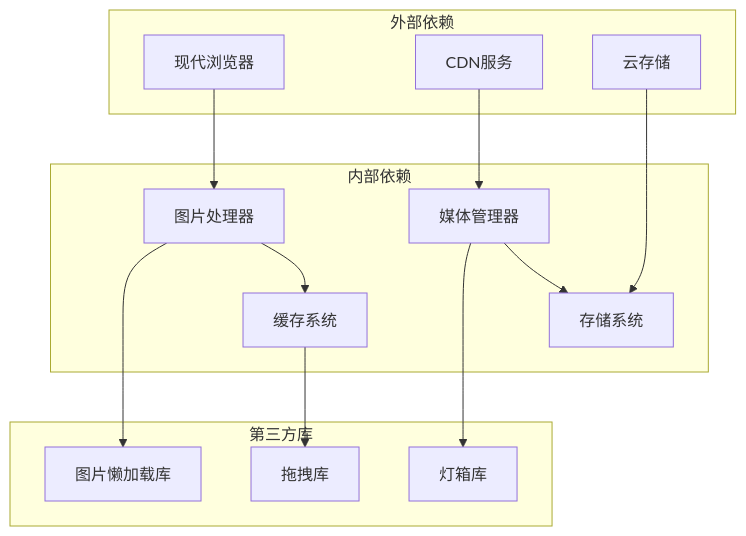
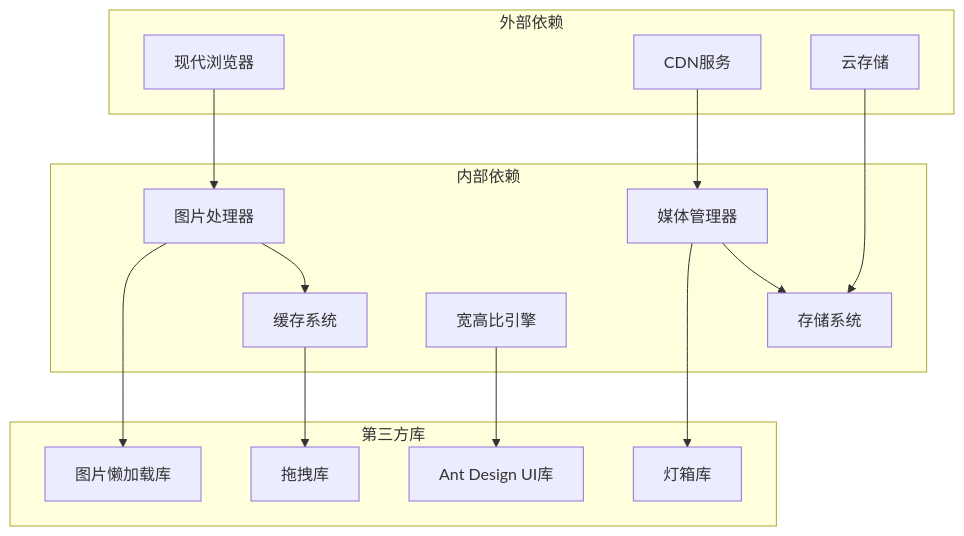
Before and after one commit to wyg5208/website_diy: the ninth of 10 diagrams in .qoder/repowiki/zh/content/前端组件系统/组件库系统/图片展示组件.md, drawn with Mermaid. The commit also changed other lines of this file and 109 other files, not shown here.

````diff
--- a/.qoder/repowiki/zh/content/前端组件系统/组件库系统/图片展示组件.md
+++ b/.qoder/repowiki/zh/content/前端组件系统/组件库系统/图片展示组件.md
@@ -345,27 +407,30 @@
 ```mermaid
 graph TB
 subgraph "外部依赖"
 Browser[现代浏览器]
 CDN[CDN服务]
 CloudStorage[云存储]
 end
 subgraph "内部依赖"
 ImageProcessor[图片处理器]
 MediaManager[媒体管理器]
 CacheSystem[缓存系统]
 StorageSystem[存储系统]
+AspectRatioEngine[宽高比引擎]
 end
 subgraph "第三方库"
 LazyLoad[图片懒加载库]
 Lightbox[灯箱库]
 DragDrop[拖拽库]
+AntDesign[Ant Design UI库]
 end
 Browser --> ImageProcessor
 CDN --> MediaManager
 CloudStorage --> StorageSystem
 ImageProcessor --> LazyLoad
 MediaManager --> Lightbox
 CacheSystem --> DragDrop
+AspectRatioEngine --> AntDesign
 ImageProcessor --> CacheSystem
 MediaManager --> StorageSystem
 ```
````
